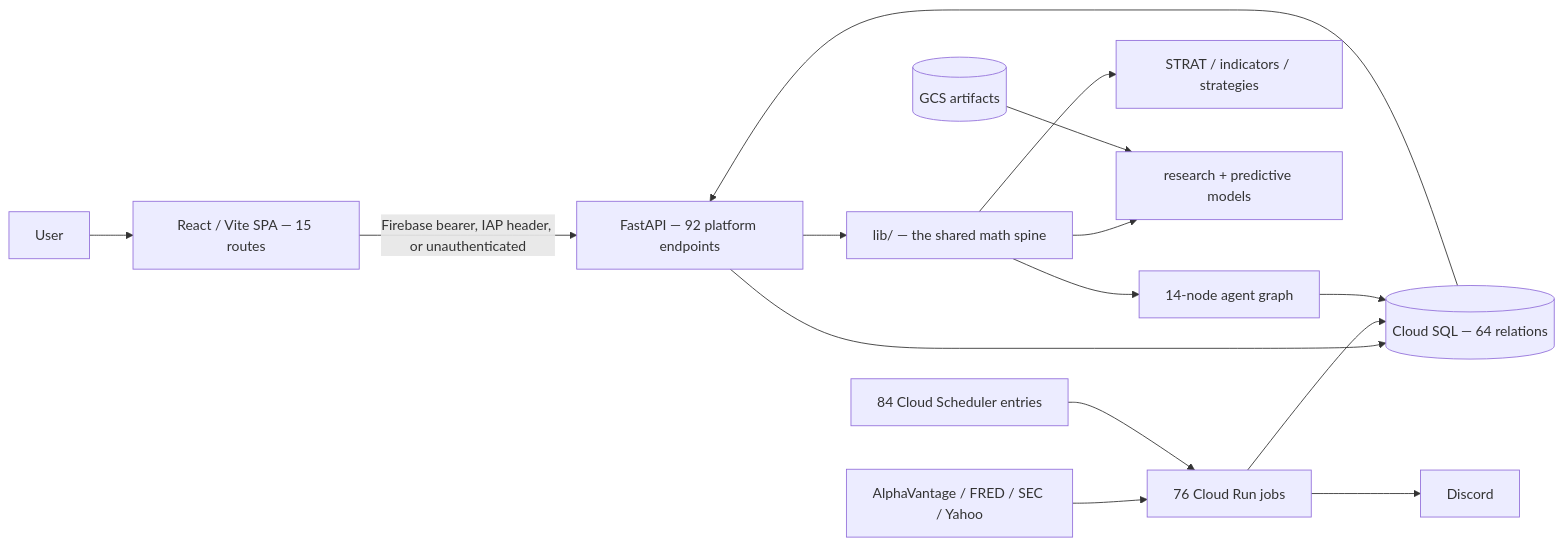
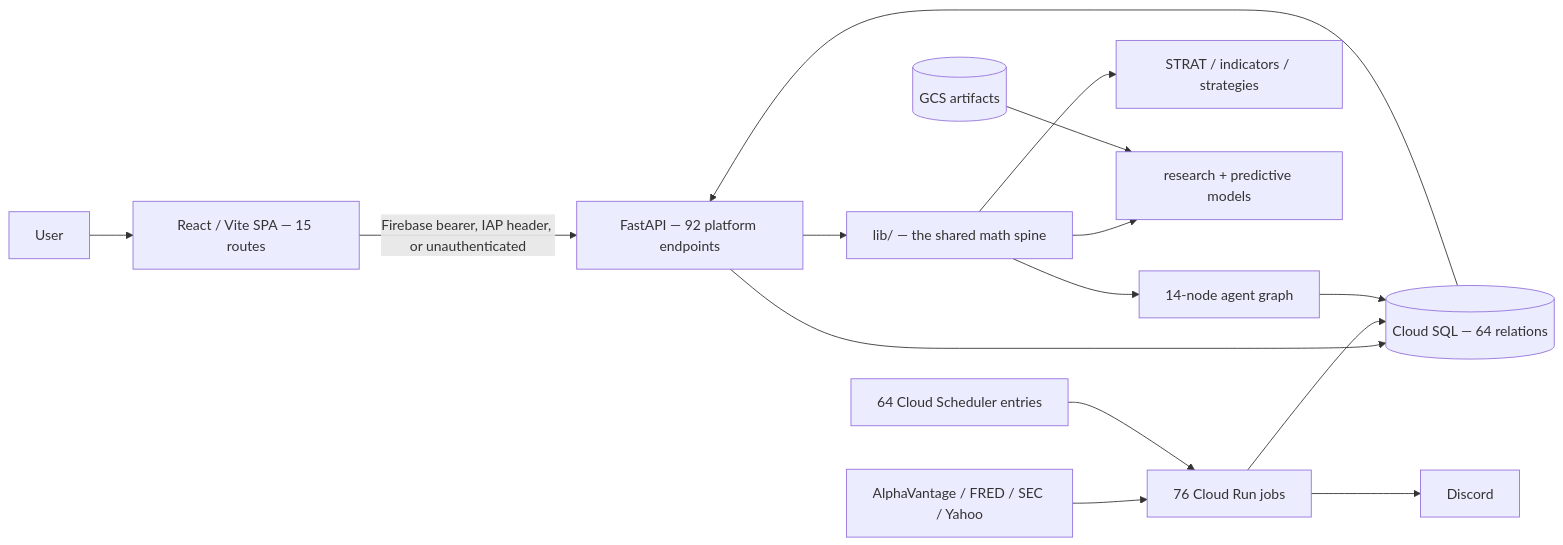
One commit to TeneikaAskew/stocks changed the first of 2 diagrams in docs/product/00-PRODUCT-OVERVIEW.md. Above: the diagram before and after it, drawn with Mermaid. The commit also changed other lines of this file and 6 other files, not shown here.

````diff
--- a/docs/product/00-PRODUCT-OVERVIEW.md
+++ b/docs/product/00-PRODUCT-OVERVIEW.md
@@ -39,17 +39,17 @@
 ```mermaid
 flowchart LR
  U[User] --> WEB[React / Vite SPA — 15 routes]
  WEB -->|Firebase bearer, IAP header, or unauthenticated| API[FastAPI — 92 platform endpoints]
  API --> LIB[lib/ — the shared math spine]
  API --> DB[(Cloud SQL — 64 relations)]
  SRC[AlphaVantage / FRED / SEC / Yahoo] --> JOBS[76 Cloud Run jobs]
- SCH[84 Cloud Scheduler entries] --> JOBS
+ SCH[64 Cloud Scheduler entries] --> JOBS
  JOBS --> DB
  LIB --> RULES[STRAT / indicators / strategies]
  LIB --> ML[research + predictive models]
  LIB --> LLM[14-node agent graph]
  LLM --> DB
  JOBS --> DISCORD[Discord]
  DB --> API
  GCS[(GCS artifacts)] --> ML
 ```
````
